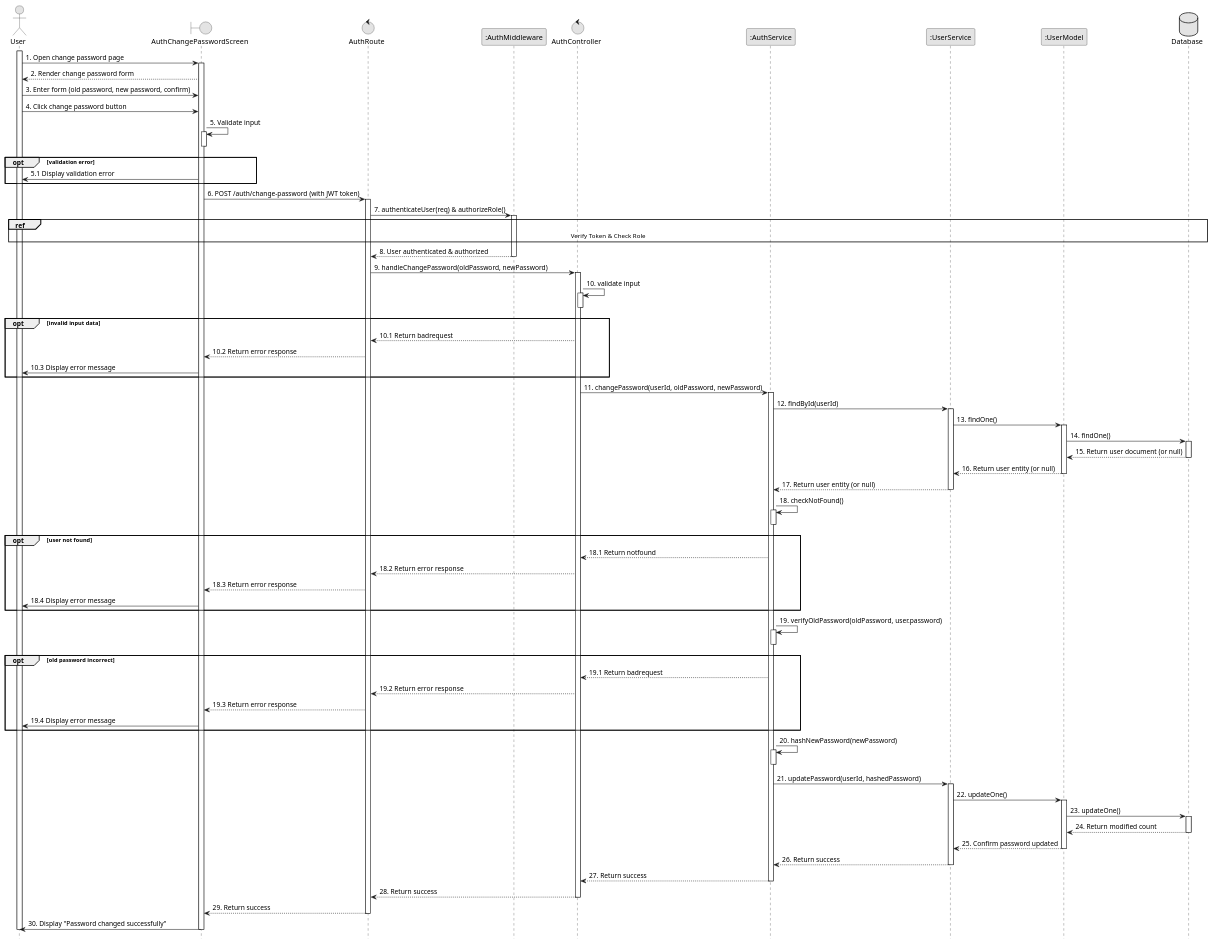
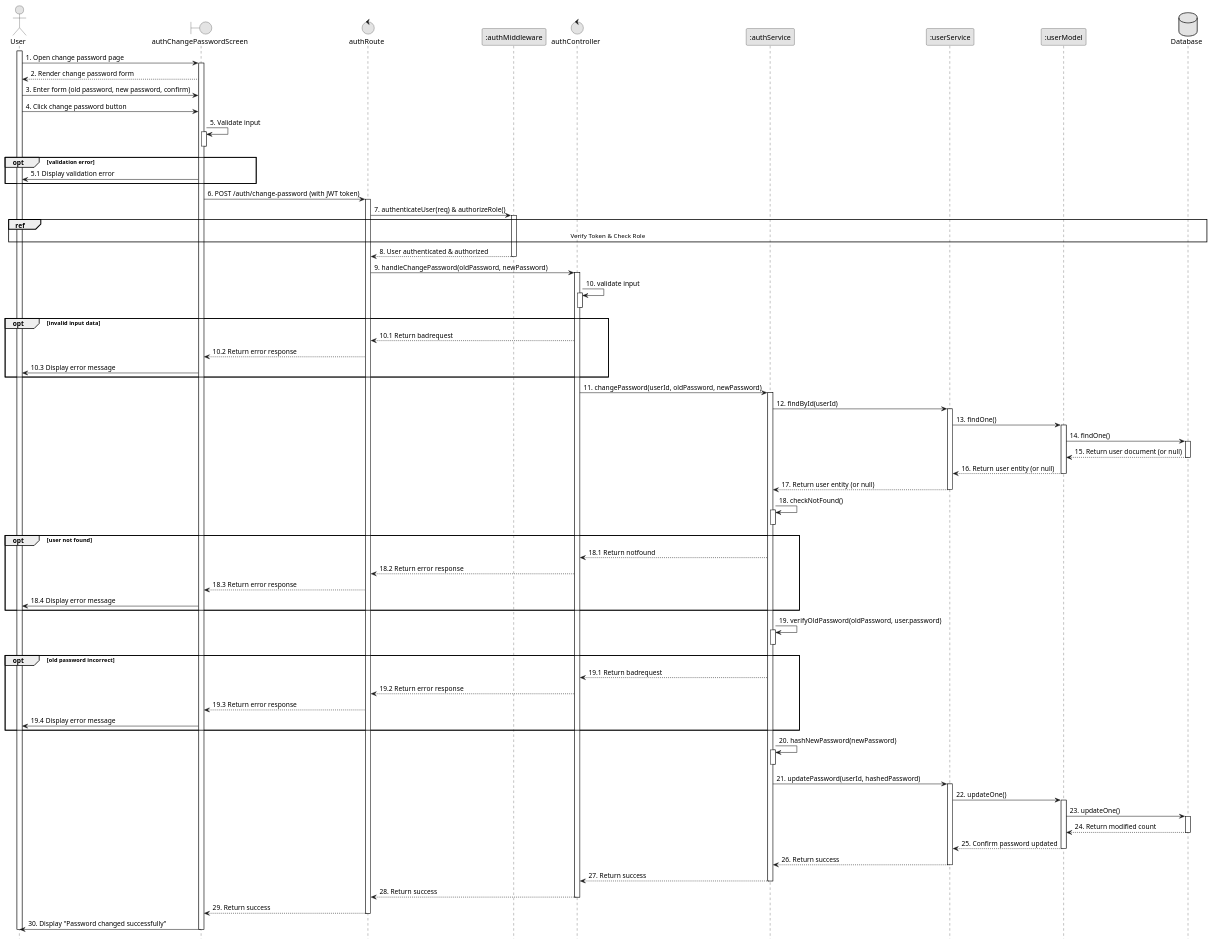
The diagram in planuml/web/5_changePassword.puml (VietDurian/VietDurian), drawn with PlantUML before and after one commit. The commit also changed 23 other files, not shown here.

Commit message:
ViVLT Add sequences

```diff
--- a/planuml/web/5_changePassword.puml
+++ b/planuml/web/5_changePassword.puml
@@ -1,106 +1,106 @@
 @startuml 5_changePassword
 skinparam monochrome true
 skinparam shadowing false
 skinparam sequenceArrowThickness 1
 hide footbox
 
 actor User
-boundary AuthChangePasswordScreen as UI
-control AuthRoute as Route
-participant ":AuthMiddleware" as AuthMiddleware
-control AuthController as Controller
-participant ":AuthService" as AuthService
-participant ":UserService" as UserService
-participant ":UserModel" as UserModel
+boundary authChangePasswordScreen as UI
+control authRoute as Route
+participant ":authMiddleware" as AuthMiddleware
+control authController as Controller
+participant ":authService" as AuthService
+participant ":userService" as UserService
+participant ":userModel" as UserModel
 database Database as DB
 
 activate User
 User -> UI : 1. Open change password page
 activate UI
 UI --> User : 2. Render change password form
 User -> UI : 3. Enter form (old password, new password, confirm)
 User -> UI : 4. Click change password button
 UI -> UI : 5. Validate input
 activate UI
 deactivate UI
 opt validation error
     UI -> User : 5.1 Display validation error
 end
 
 UI -> Route : 6. POST /auth/change-password (with JWT token)
 activate Route
 Route -> AuthMiddleware : 7. authenticateUser(req) & authorizeRole()
 activate AuthMiddleware
 ref over User, DB: Verify Token & Check Role
 AuthMiddleware --> Route : 8. User authenticated & authorized
 deactivate AuthMiddleware
 Route -> Controller : 9. handleChangePassword(oldPassword, newPassword)
 activate Controller
 Controller -> Controller : 10. validate input
 activate Controller
 deactivate Controller
 opt invalid input data
     Controller --> Route : 10.1 Return badrequest
     Route --> UI : 10.2 Return error response
     UI -> User : 10.3 Display error message
 end
 
 Controller -> AuthService : 11. changePassword(userId, oldPassword, newPassword)
 activate AuthService
 AuthService -> UserService : 12. findById(userId)
 activate UserService
 UserService -> UserModel : 13. findOne()
 activate UserModel
 UserModel -> DB : 14. findOne()
 activate DB
 DB --> UserModel : 15. Return user document (or null)
 deactivate DB
 UserModel --> UserService : 16. Return user entity (or null)
 deactivate UserModel
 UserService --> AuthService : 17. Return user entity (or null)
 deactivate UserService
 AuthService -> AuthService : 18. checkNotFound()
 activate AuthService
 deactivate AuthService
 opt user not found
     AuthService --> Controller : 18.1 Return notfound
     Controller --> Route : 18.2 Return error response
     Route --> UI : 18.3 Return error response
     UI -> User : 18.4 Display error message
 end
 
 AuthService -> AuthService : 19. verifyOldPassword(oldPassword, user.password)
 activate AuthService
 deactivate AuthService
 opt old password incorrect
     AuthService --> Controller : 19.1 Return badrequest
     Controller --> Route : 19.2 Return error response
     Route --> UI : 19.3 Return error response
     UI -> User : 19.4 Display error message
 end
 
 AuthService -> AuthService : 20. hashNewPassword(newPassword)
 activate AuthService
 deactivate AuthService
 AuthService -> UserService : 21. updatePassword(userId, hashedPassword)
 activate UserService
 UserService -> UserModel : 22. updateOne()
 activate UserModel
 UserModel -> DB : 23. updateOne()
 activate DB
 DB --> UserModel : 24. Return modified count
 deactivate DB
 UserModel --> UserService : 25. Confirm password updated
 deactivate UserModel
 UserService --> AuthService : 26. Return success
 deactivate UserService
 AuthService --> Controller : 27. Return success
 deactivate AuthService
 Controller --> Route : 28. Return success
 deactivate Controller
 Route --> UI : 29. Return success
 deactivate Route
 UI -> User : 30. Display "Password changed successfully"
 deactivate UI
 deactivate User
 @enduml
```
